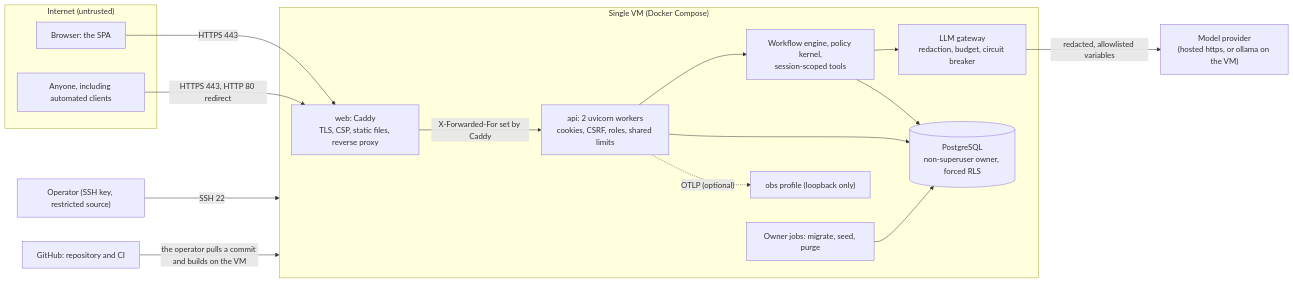
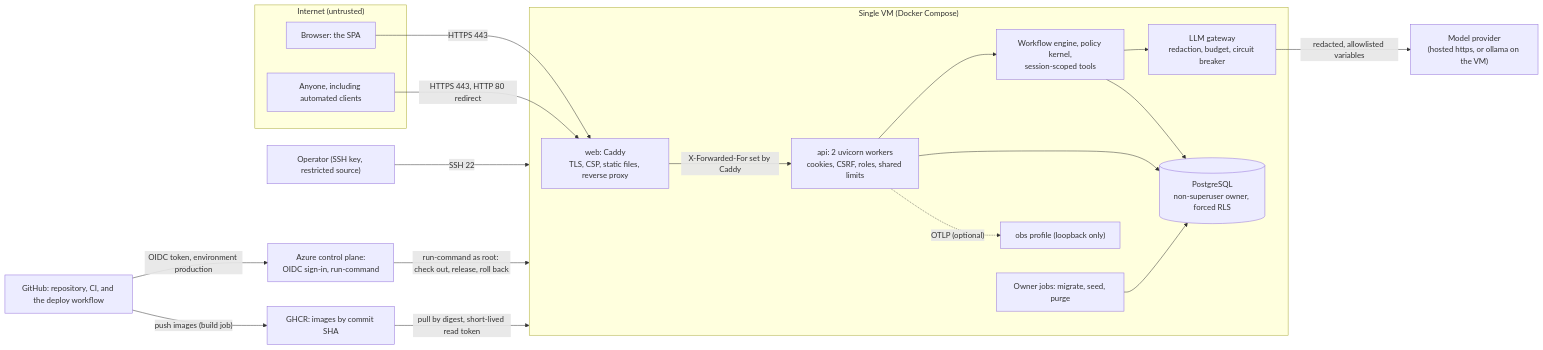
Before and after one commit to Youngermaster/factored-hackathon-2026-la-brasil-del-70: the diagram in docs/security/threat-model.md, drawn with Mermaid. The commit also changed other lines of this file and 9 other files, not shown here.

````diff
--- a/docs/security/threat-model.md
+++ b/docs/security/threat-model.md
@@ -5,30 +5,35 @@
 ```mermaid
 flowchart LR
     subgraph internet["Internet (untrusted)"]
         browser["Browser: the SPA"]
         attacker["Anyone, including automated clients"]
     end
     subgraph vm["Single VM (Docker Compose)"]
         caddy["web: Caddy<br/>TLS, CSP, static files, reverse proxy"]
         api["api: 2 uvicorn workers<br/>cookies, CSRF, roles, shared limits"]
         engine["Workflow engine, policy kernel,<br/>session-scoped tools"]
         gateway["LLM gateway<br/>redaction, budget, circuit breaker"]
         pg[("PostgreSQL<br/>non-superuser owner, forced RLS")]
         jobs["Owner jobs: migrate, seed, purge"]
         obs["obs profile (loopback only)"]
     end
     provider["Model provider<br/>(hosted https, or ollama on the VM)"]
     operator["Operator (SSH key, restricted source)"]
-    ci["GitHub: repository and CI"]
+    ci["GitHub: repository, CI, and the deploy workflow"]
+    ghcr["GHCR: images by commit SHA"]
+    azure["Azure control plane:<br/>OIDC sign-in, run-command"]
     browser -- "HTTPS 443" --> caddy
     attacker -- "HTTPS 443, HTTP 80 redirect" --> caddy
     caddy -- "X-Forwarded-For set by Caddy" --> api
     api --> engine --> gateway
     gateway -- "redacted, allowlisted variables" --> provider
     engine --> pg
     api --> pg
     jobs --> pg
     api -. "OTLP (optional)" .-> obs
     operator -- "SSH 22" --> vm
-    ci -- "the operator pulls a commit and builds on the VM" --> vm
+    ci -- "push images (build job)" --> ghcr
+    ci -- "OIDC token, environment production" --> azure
+    azure -- "run-command as root: check out, release, roll back" --> vm
+    ghcr -- "pull by digest, short-lived read token" --> vm
 ```
````
